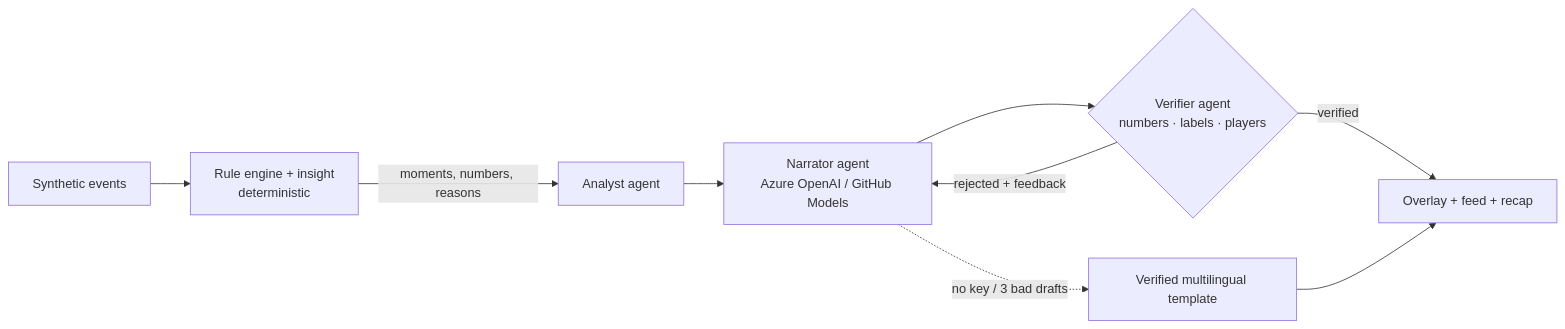
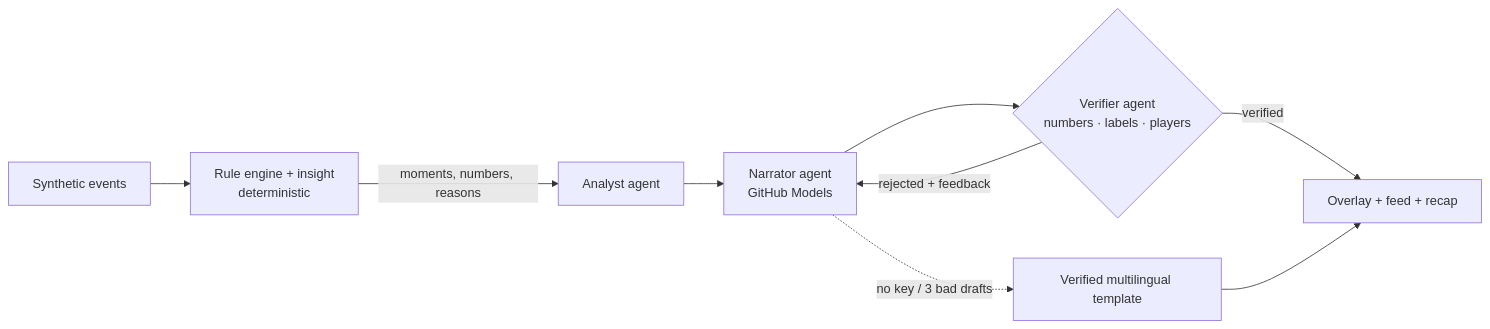
Before and after one commit to FlyingCitroen/chemistry-xi: the diagram in README.md, drawn with Mermaid. The commit also changed other lines of this file, not shown here.

````diff
--- a/README.md
+++ b/README.md
@@ -22,9 +26,9 @@
 ```mermaid
 flowchart LR
   D[Synthetic events] --> E[Rule engine + insight<br/>deterministic] -->|moments, numbers, reasons| A[Analyst agent]
-  A --> N[Narrator agent<br/>Azure OpenAI / GitHub Models]
+  A --> N[Narrator agent<br/>GitHub Models]
   N --> V{Verifier agent<br/>numbers · labels · players}
   V -- rejected + feedback --> N
   V -- verified --> O[Overlay + feed + recap]
   N -. no key / 3 bad drafts .-> T[Verified multilingual template] --> O
 ```
````
